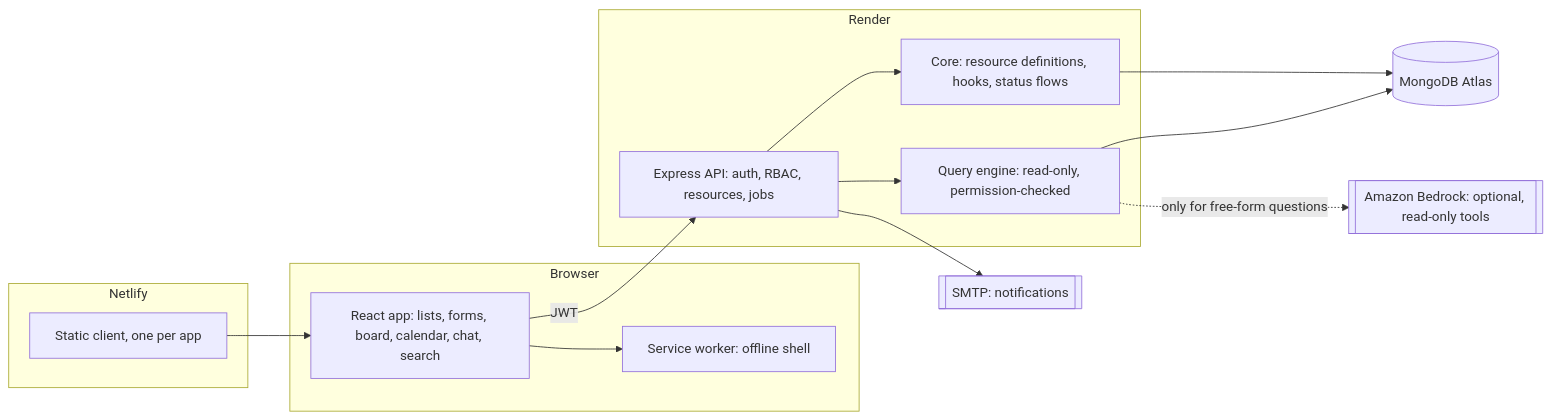
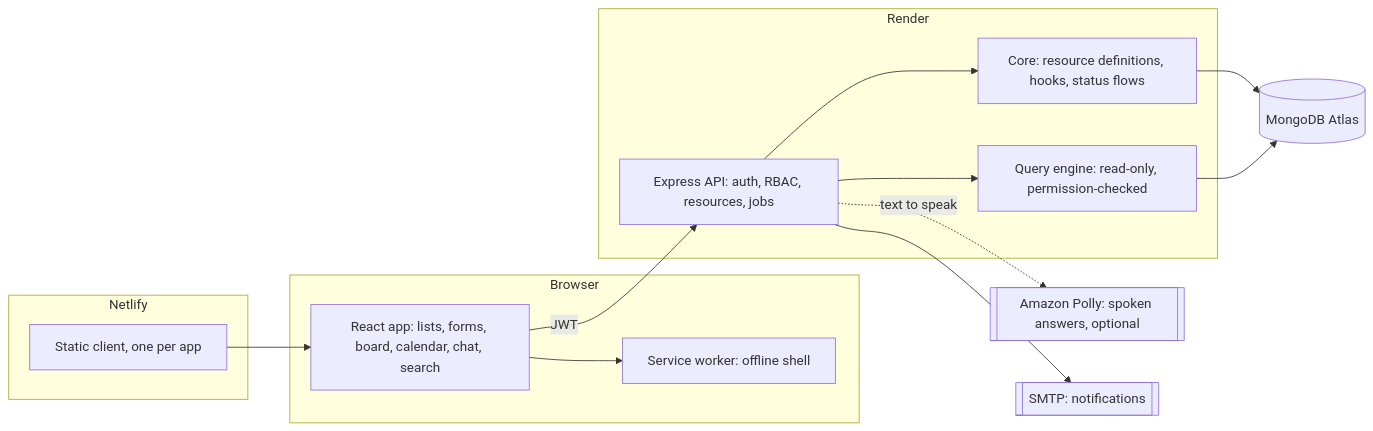
The diagram in README.md (suhailullakhan619/crypt-kit), drawn with Mermaid before and after one commit. The commit also changed other lines of this file and 100 other files, not shown here.

First line of the commit message:
Replace Bedrock and OpenAI with Amazon Polly spoken answers (browser voice fallback)

````diff
--- a/README.md
+++ b/README.md
@@ -28,27 +28,27 @@
 ```mermaid
 flowchart LR
   subgraph Browser
     UI[React app: lists, forms, board, calendar, chat, search]
     SW[Service worker: offline shell]
   end
   subgraph Netlify
     CDN[Static client, one per app]
   end
   subgraph Render
     API[Express API: auth, RBAC, resources, jobs]
     Q[Query engine: read-only, permission-checked]
     Core[Core: resource definitions, hooks, status flows]
   end
   DB[(MongoDB Atlas)]
-  LLM[[Amazon Bedrock: optional, read-only tools]]
+  Polly[[Amazon Polly: spoken answers, optional]]
   Mail[[SMTP: notifications]]
   CDN --> UI
   UI --> SW
   UI -->|JWT| API
   API --> Core
   Core --> DB
   API --> Q
   Q --> DB
-  Q -.->|only for free-form questions| LLM
+  API -.->|text to speak| Polly
   API --> Mail
 ```
````
